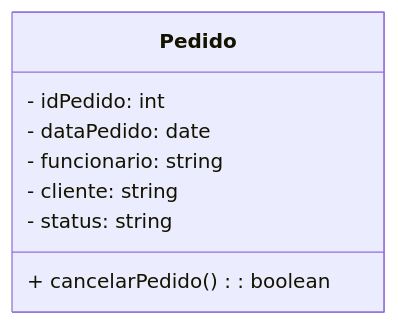
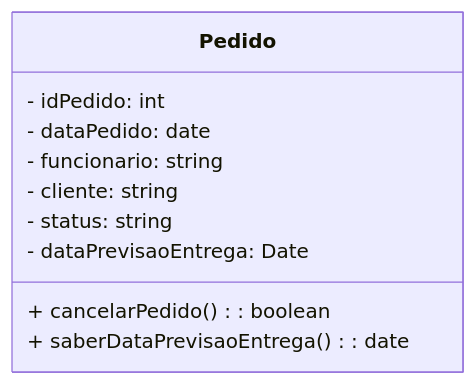
One commit to MTECHDevelopment/poojavaceub-grupo-3 changed the diagram in Pedido.md. Above: the diagram before and after it, drawn with Mermaid.

````diff
--- a/Pedido.md
+++ b/Pedido.md
@@ -2,12 +2,14 @@
 ```mermaid
 classDiagram
   class Pedido{
     - idPedido: int
     - dataPedido: date
     - funcionario: string
     - cliente: string
     - status: string
-    + cancelarPedido(): boolean
+    - dataPrevisaoEntrega: Date
+    + cancelarPedido() : boolean
+    + saberDataPrevisaoEntrega() : date
   }
 
 ```
````
